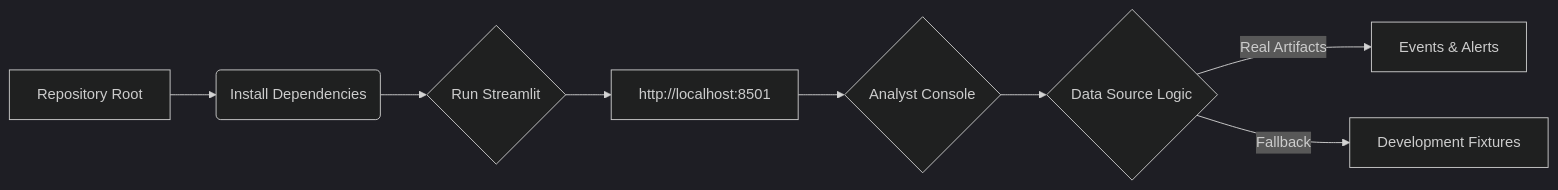
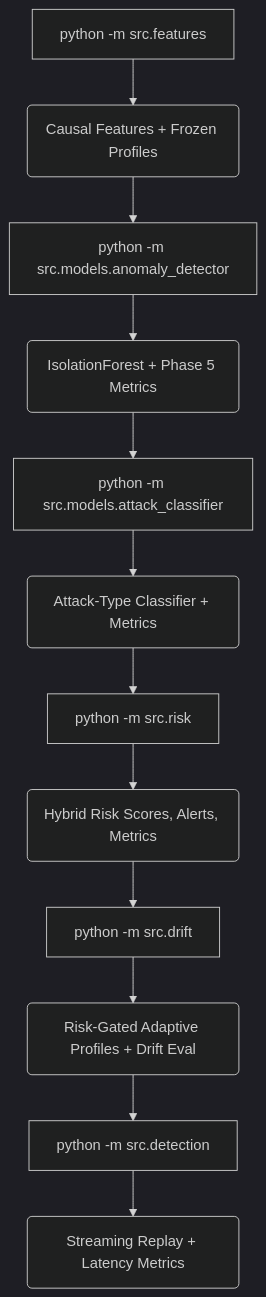
Before and after one commit to arc-github01/AgeisAI: the fifth of 5 diagrams in README.md, drawn with Mermaid (dark theme). The commit also changed other lines of this file, not shown here.

````diff
--- a/README.md
+++ b/README.md
@@ -423,10 +243,14 @@
 ```mermaid
-flowchart LR
-    A[Repository Root] --> B(Install Dependencies);
-    B --> C{Run Streamlit};
-    C --> D[http://localhost:8501];
-    D --> E{Analyst Console};
-    E --> F{Data Source Logic};
-    F -- Real Artifacts --> G[Events & Alerts];
-    F -- Fallback --> H[Development Fixtures];
+flowchart TD
+    A[python -m src.features] --> B(Causal Features + Frozen Profiles);
+    B --> C[python -m src.models.anomaly_detector];
+    C --> D(IsolationForest + Phase 5 Metrics);
+    D --> E[python -m src.models.attack_classifier];
+    E --> F(Attack-Type Classifier + Metrics);
+    F --> G[python -m src.risk];
+    G --> H(Hybrid Risk Scores, Alerts, Metrics);
+    H --> I[python -m src.drift];
+    I --> J(Risk-Gated Adaptive Profiles + Drift Eval);
+    J --> K[python -m src.detection];
+    K --> L(Streaming Replay + Latency Metrics);
 ```
````
